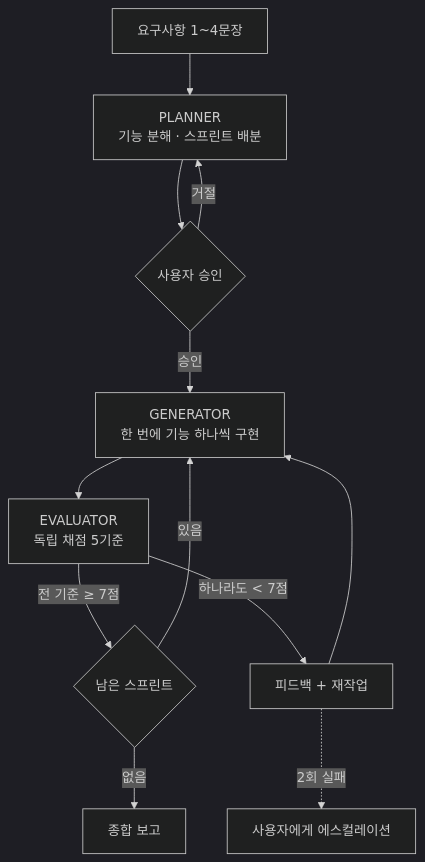
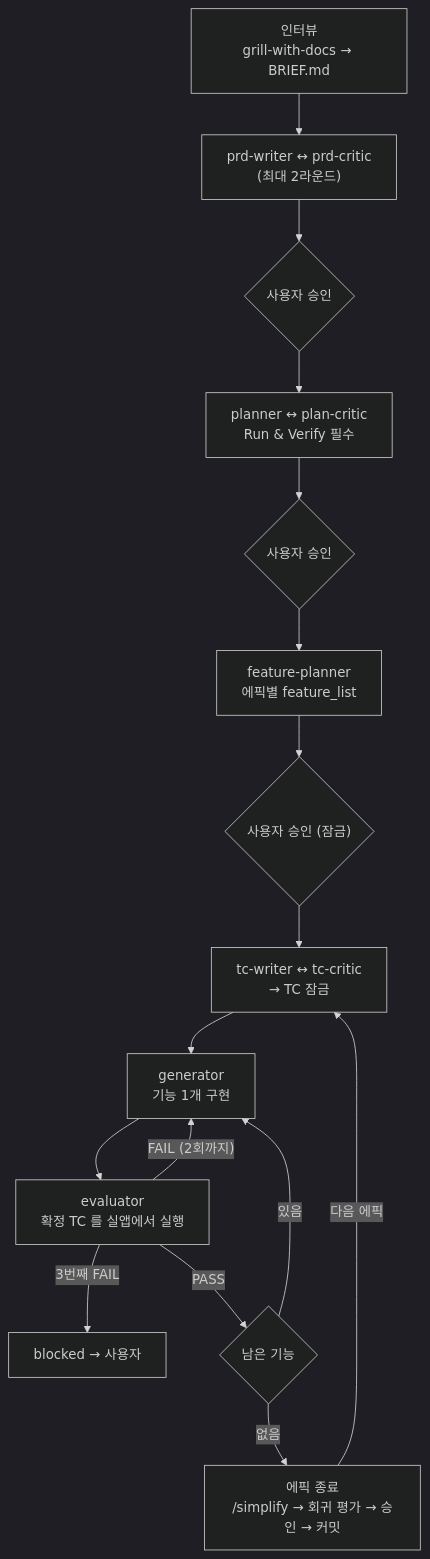
One commit to kbk109-dev/kbk109-plugins-marketplace changed the second of 3 diagrams in docs/guide/harness-devkit.md. Above: the diagram before and after it, drawn with Mermaid (dark theme). The commit also changed other lines of this file and 5 other files, not shown here.

````diff
--- a/docs/guide/harness-devkit.md
+++ b/docs/guide/harness-devkit.md
@@ -59,14 +60,18 @@
 ```mermaid
 flowchart TD
-  REQ["요구사항 1~4문장"] --> P["PLANNER<br/>기능 분해 · 스프린트 배분"]
-  P --> OK{"사용자 승인"}
-  OK -->|거절| P
-  OK -->|승인| G["GENERATOR<br/>한 번에 기능 하나씩 구현"]
-  G --> E["EVALUATOR<br/>독립 채점 5기준"]
-  E -->|"전 기준 ≥ 7점"| NEXT{"남은 스프린트"}
-  E -->|"하나라도 < 7점"| FB["피드백 + 재작업"]
-  FB --> G
-  FB -.->|"2회 실패"| ESC["사용자에게 에스컬레이션"]
+  I["인터뷰<br/>grill-with-docs → BRIEF.md"] --> PRD["prd-writer ↔ prd-critic<br/>(최대 2라운드)"]
+  PRD --> A1{"사용자 승인"}
+  A1 --> PL["planner ↔ plan-critic<br/>Run & Verify 필수"]
+  PL --> A2{"사용자 승인"}
+  A2 --> FP["feature-planner<br/>에픽별 feature_list"]
+  FP --> A3{"사용자 승인 (잠금)"}
+  A3 --> TC["tc-writer ↔ tc-critic<br/>→ TC 잠금"]
+  TC --> G["generator<br/>기능 1개 구현"]
+  G --> E["evaluator<br/>확정 TC 를 실앱에서 실행"]
+  E -->|"FAIL (2회까지)"| G
+  E -->|"3번째 FAIL"| ESC["blocked → 사용자"]
+  E -->|"PASS"| NEXT{"남은 기능"}
   NEXT -->|있음| G
-  NEXT -->|없음| FIN["종합 보고"]
+  NEXT -->|없음| CL["에픽 종료<br/>/simplify → 회귀 평가 → 승인 → 커밋"]
+  CL -->|"다음 에픽"| TC
 ```
````
